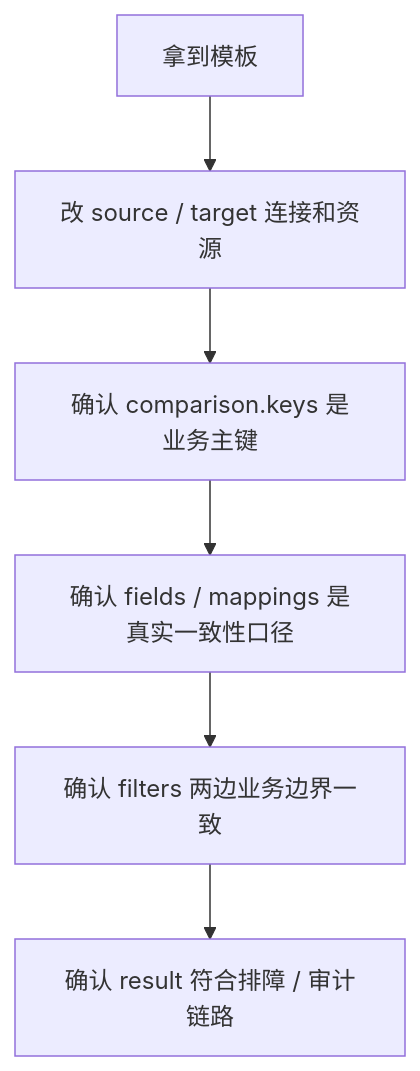
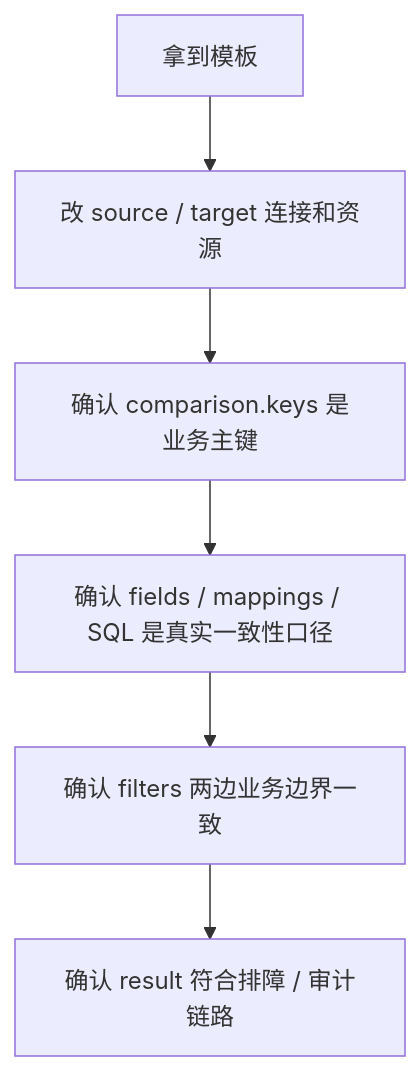
The diagram in website/配置讲解/05-七个常见场景，直接拿去改.md (xiaoyao0120/consilens), drawn with Mermaid before and after one commit. The commit also changed other lines of this file and 156 other files, not shown here.

````diff
--- a/website/配置讲解/05-七个常见场景，直接拿去改.md
+++ b/website/配置讲解/05-七个常见场景，直接拿去改.md
@@ -384,8 +348,8 @@
 ```mermaid
 flowchart TD
     A["拿到模板"] --> B["改 source / target 连接和资源"]
     B --> C["确认 comparison.keys 是业务主键"]
-    C --> D["确认 fields / mappings 是真实一致性口径"]
+    C --> D["确认 fields / mappings / SQL 是真实一致性口径"]
     D --> E["确认 filters 两边业务边界一致"]
     E --> F["确认 result 符合排障 / 审计链路"]
 ```
````
